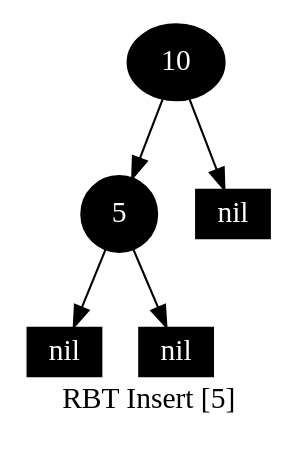
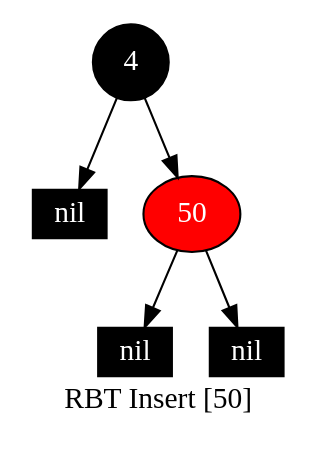
One commit to Sinopsys/DS-A-Assignments changed the diagram in 14/impl/cmake-build-debug/gv_files/dump_#_0003.gv. Above: the diagram before and after it, drawn with Graphviz. The commit also changed 101 other files, not shown here.

```diff
--- a/14/impl/cmake-build-debug/gv_files/dump_#_0003.gv
+++ b/14/impl/cmake-build-debug/gv_files/dump_#_0003.gv
@@ -1,13 +1,13 @@
 digraph G {
-    label="RBT Insert [5]";
+    label="RBT Insert [50]";
     node [width=0.5,fontcolor=white,style=filled];
-    10 [fillcolor=black]
-    10 -> 5
-    10 -> NULLr10
-    NULLr10 [label="nil",width=0.3,height=0.2,shape=box,fillcolor=black]
-    5 [fillcolor=black]
-    5 -> NULLl5
-    NULLl5 [label="nil",width=0.3,height=0.2,shape=box,fillcolor=black]
-    5 -> NULLr5
-    NULLr5 [label="nil",width=0.3,height=0.2,shape=box,fillcolor=black]
+    4 [fillcolor=black]
+    4 -> NULLl4
+    NULLl4 [label="nil",width=0.3,height=0.2,shape=box,fillcolor=black]
+    4 -> 50
+    50 [fillcolor=red]
+    50 -> NULLl50
+    NULLl50 [label="nil",width=0.3,height=0.2,shape=box,fillcolor=black]
+    50 -> NULLr50
+    NULLr50 [label="nil",width=0.3,height=0.2,shape=box,fillcolor=black]
 }
```
